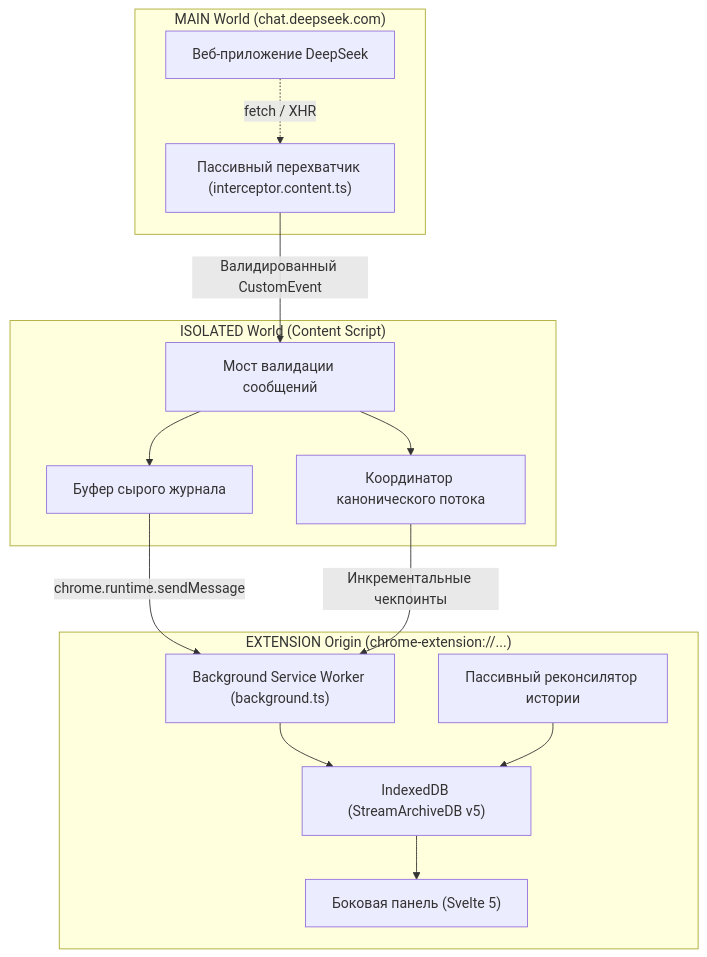
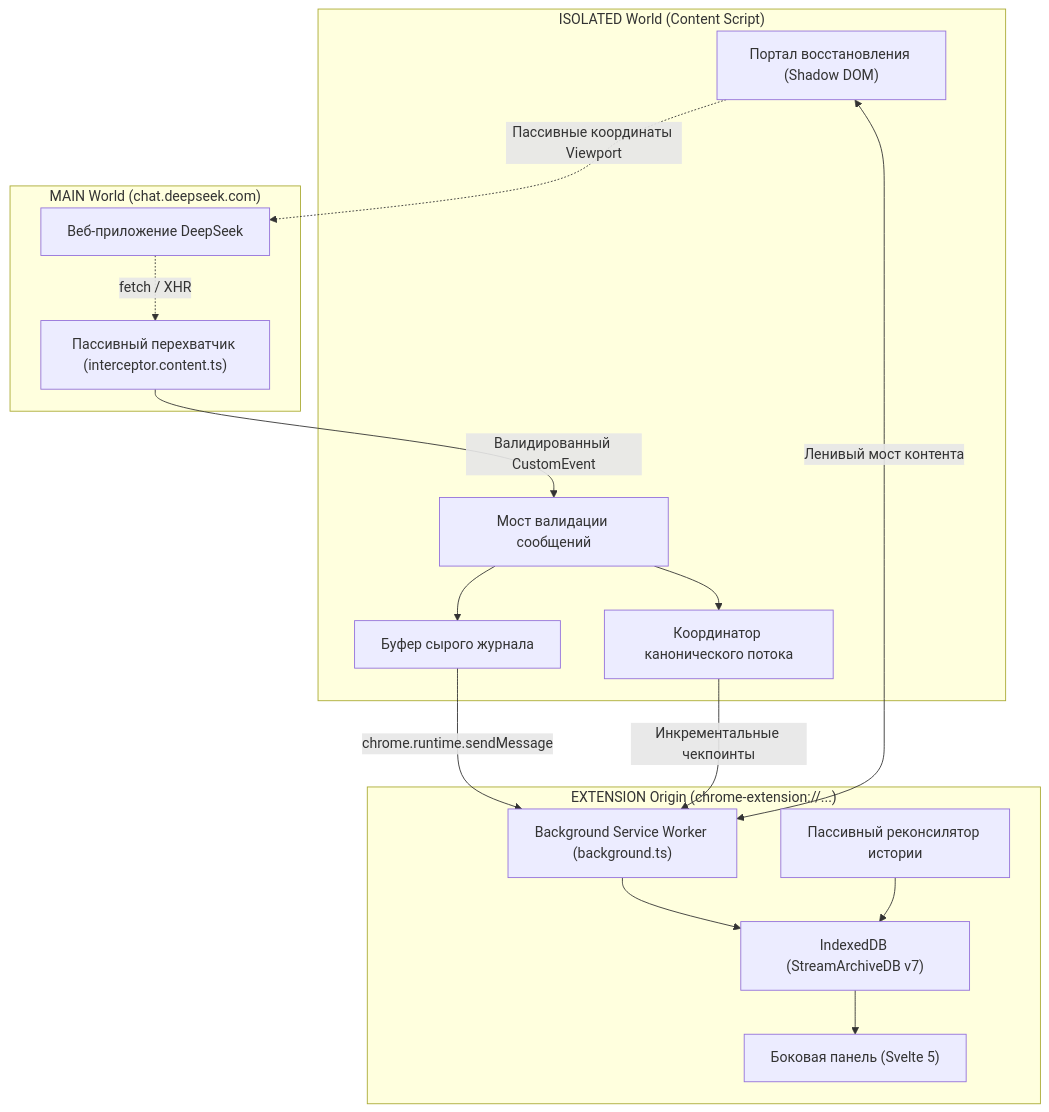
The diagram in README_RU.md (MalenkiySolovey/deepseek-stream-archive), drawn with Mermaid before and after one commit. The commit also changed other lines of this file and 31 other files, not shown here.

````diff
--- a/README_RU.md
+++ b/README_RU.md
@@ -92,31 +98,34 @@
 ```mermaid
 flowchart TD
     subgraph PAGE_MAIN_WORLD["MAIN World (chat.deepseek.com)"]
         PageApp["Веб-приложение DeepSeek"]
         Interceptor["Пассивный перехватчик (interceptor.content.ts)"]
         PageApp -.->|"fetch / XHR"| Interceptor
     end
 
     subgraph ISOLATED_WORLD["ISOLATED World (Content Script)"]
         Bridge["Мост валидации сообщений"]
         Coordinator["Координатор канонического потока"]
         RawBuffer["Буфер сырого журнала"]
+        Overlay["Портал восстановления (Shadow DOM)"]
         
         Interceptor -->|"Валидированный CustomEvent"| Bridge
         Bridge --> RawBuffer
         Bridge --> Coordinator
+        Overlay -.->|"Пассивные координаты Viewport"| PageApp
     end
 
     subgraph EXTENSION_WORLD["EXTENSION Origin (chrome-extension://...)"]
         BackgroundWorker["Background Service Worker (background.ts)"]
         SidePanel["Боковая панель (Svelte 5)"]
-        StorageEngine["IndexedDB (StreamArchiveDB v5)"]
+        StorageEngine["IndexedDB (StreamArchiveDB v7)"]
         Reconciler["Пассивный реконсилятор истории"]
         
         RawBuffer -->|"chrome.runtime.sendMessage"| BackgroundWorker
         Coordinator -->|"Инкрементальные чекпоинты"| BackgroundWorker
+        Overlay <-->|"Ленивый мост контента"| BackgroundWorker
         BackgroundWorker --> StorageEngine
         Reconciler --> StorageEngine
         StorageEngine --> SidePanel
     end
 ```
````
